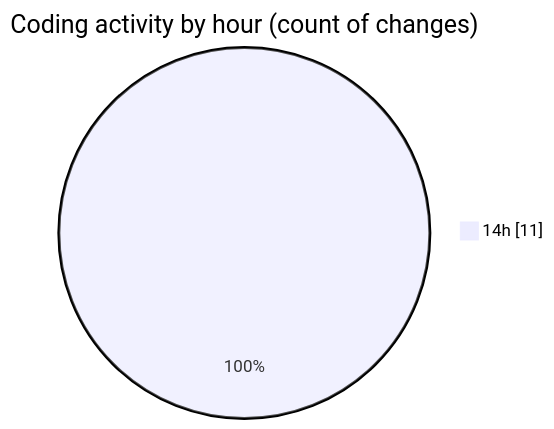
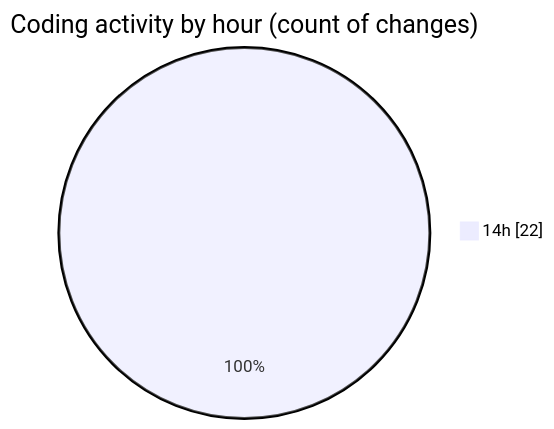
One commit to nxtqubesakshisongat/code-tracking changed the second of 2 diagrams in 2025-07-07/argos/README.md. Above: the diagram before and after it, drawn with Mermaid. The commit also changed other lines of this file and 1 other file, not shown here.

````diff
--- a/2025-07-07/argos/README.md
+++ b/2025-07-07/argos/README.md
@@ -30,5 +30,5 @@
 ```mermaid
 pie showData
 title Coding activity by hour (count of changes)
-"14h" : 11
+"14h" : 22
 ```
````
